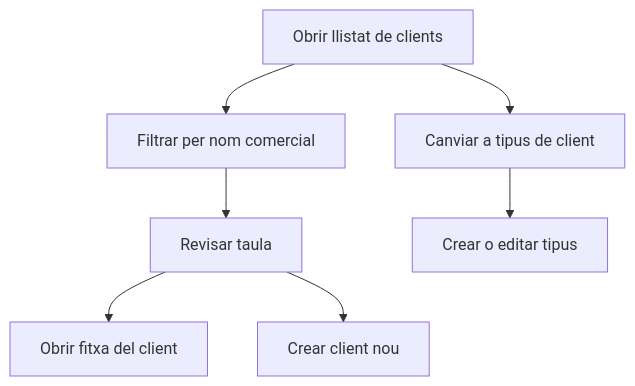
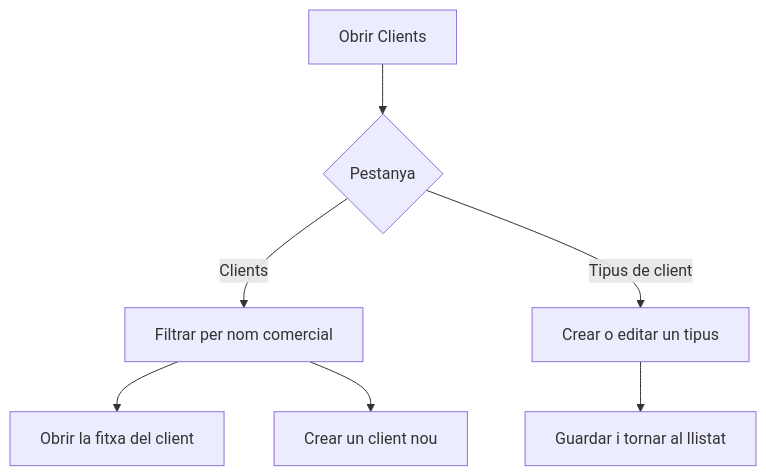
The diagram in frontend/src/help/ca/sales/customers/list.md (MGurtD/lilith), drawn with Mermaid before and after one commit. The commit also changed other lines of this file and 331 other files, not shown here.

````diff
--- a/frontend/src/help/ca/sales/customers/list.md
+++ b/frontend/src/help/ca/sales/customers/list.md
@@ -40,9 +46,9 @@
 ```mermaid
 flowchart TD
-    A[Obrir llistat de clients] --> B[Filtrar per nom comercial]
-    B --> C[Revisar taula]
-    C --> D[Obrir fitxa del client]
-    C --> E[Crear client nou]
-    A --> F[Canviar a tipus de client]
-    F --> G[Crear o editar tipus]
+    A[Obrir Clients] --> B{Pestanya}
+    B -->|Clients| C[Filtrar per nom comercial]
+    C --> D[Obrir la fitxa del client]
+    C --> E[Crear un client nou]
+    B -->|Tipus de client| F[Crear o editar un tipus]
+    F --> G[Guardar i tornar al llistat]
 ```
````
